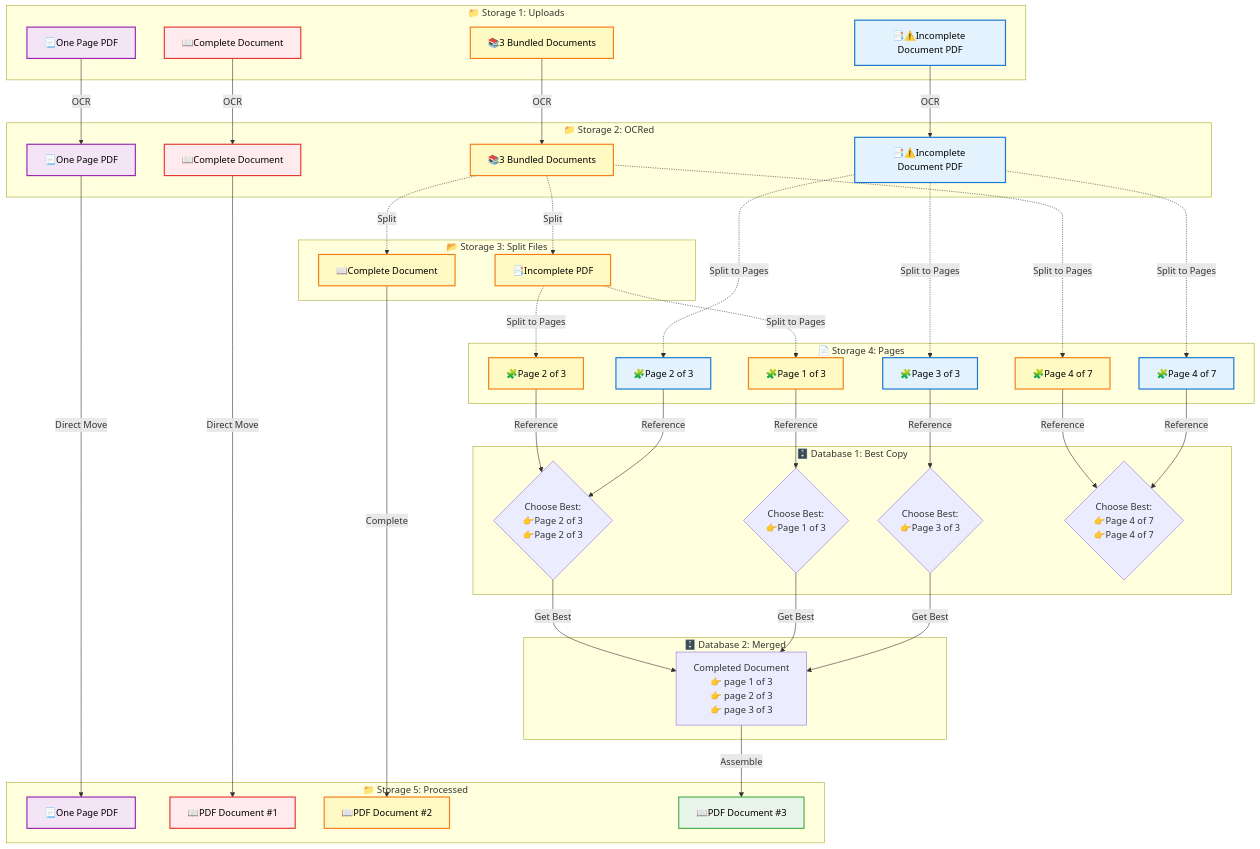
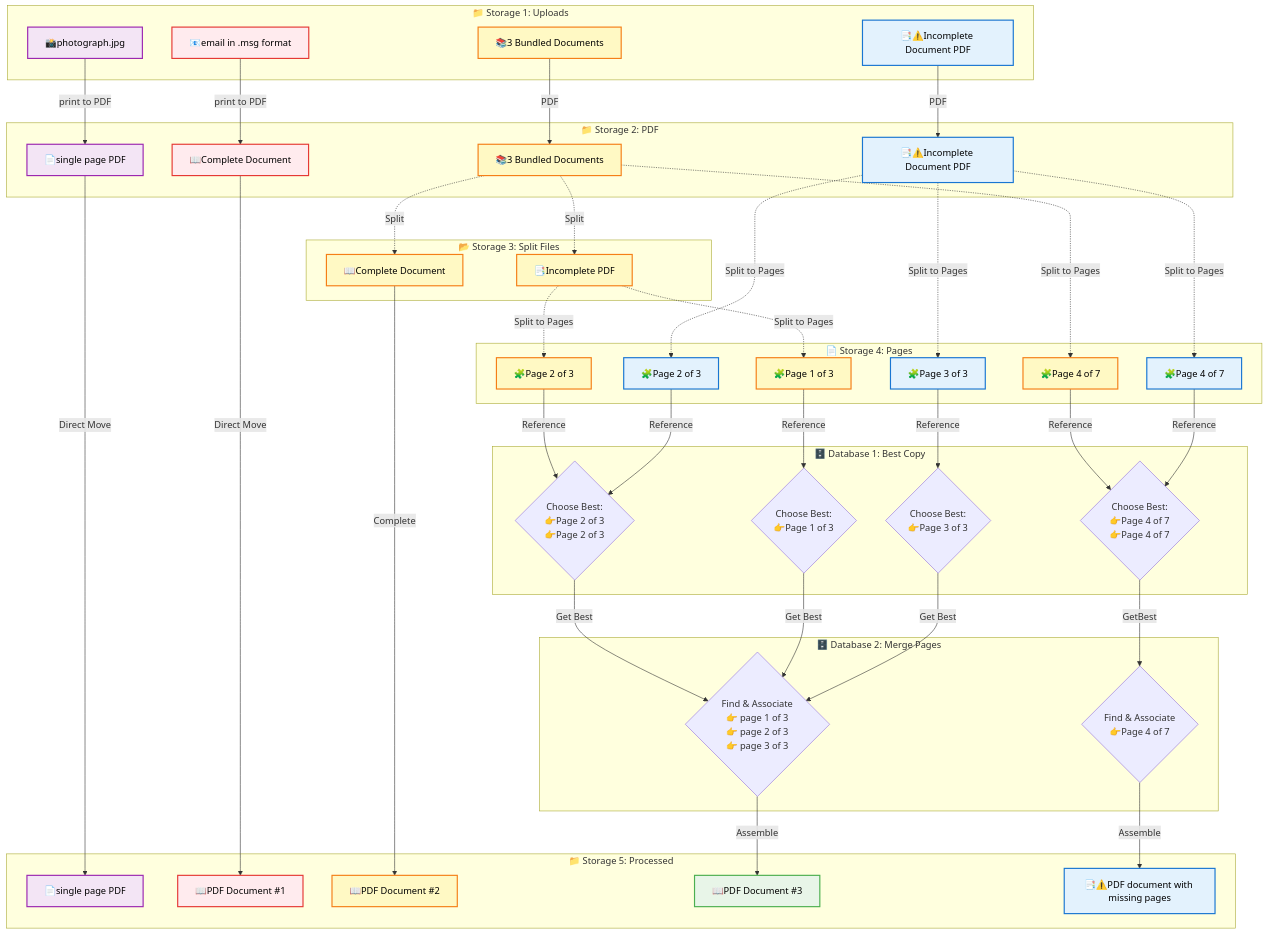
The diagram in docs/Document-Processing-Workflow.md (Mharbulous/Bookkeeper), drawn with Mermaid before and after one commit.

Commit message:
Further refinement of the Document Processing Workflow

````diff
--- a/docs/Document-Processing-Workflow.md
+++ b/docs/Document-Processing-Workflow.md
@@ -13,14 +13,14 @@
 ```mermaid
 flowchart TB
     subgraph Col0 ["📁 Storage 1: Uploads"]
-        OnePageUpload["📃One Page PDF"]
-        SingleUpload["📖Complete Document"]
+        OnePageUpload["📸photograph.jpg"]
+        SingleUpload["📧email in .msg format"]
         BundleUpload["📚3 Bundled Documents"]
         IncompleteUpload["📑⚠️Incomplete Document PDF"]
     end
 
-    subgraph Col1 ["📁 Storage 2: OCRed"]
-        OnePage["📃One Page PDF"]
+    subgraph Col1 ["📁 Storage 2: PDF"]
+        OnePage["📄single page PDF"]
         Single["📖Complete Document"]
         Incomplete["📑⚠️Incomplete Document PDF"]
         Bundle["📚3 Bundled Documents"]
@@ -42,16 +42,18 @@
         OnePage_split["🧩Page 4 of 7"]
     end
 
-    subgraph Col4 ["🗄️ Database 2: Merged"]
-        MergedDoc["Completed Document<br/>👉 page 1 of 3<br/>👉 page 2 of 3<br/>👉 page 3 of 3"]
+    subgraph Col4 ["🗄️ Database 2: Merge Pages"]
+        MergedDoc{"Find & Associate<br/>👉 page 1 of 3<br/>👉 page 2 of 3<br/>👉 page 3 of 3"}
+        FindsPages{"Find & Associate<br/>👉Page 4 of 7"}
     end
 
     subgraph Col5 ["📁 Storage 5: Processed"]
 
-        OnePageComplete["📃One Page PDF"]
+        OnePageComplete["📄single page PDF"]
         CompleteRaw["📖PDF Document #1"]
         CompleteSplit["📖PDF Document #2"]
         CompleteMerged["📖PDF Document #3"]
+        IncompleteFinal["📑⚠️PDF document with missing pages"]
 
     end
 
@@ -63,10 +65,10 @@
     end
 
     %% Flow from Storage 1 to Storage 2 (OCR Processing)
-    OnePageUpload -->|OCR| OnePage
-    SingleUpload -->|OCR| Single
-    BundleUpload -->|OCR| Bundle
-    IncompleteUpload -->|OCR| Incomplete
+    OnePageUpload -->|print to PDF| OnePage
+    SingleUpload -->|print to PDF| Single
+    BundleUpload -->|PDF| Bundle
+    IncompleteUpload -->|PDF| Incomplete
 
     %% Flow from Storage 2
 
@@ -108,9 +110,11 @@
     ChooseBestCopy2 -->|Get Best| MergedDoc
     ChooseBestCopy3 -->|Get Best| MergedDoc
     ChooseBestCopy4 -->|Get Best| MergedDoc
+    ChooseBestCopy -->|GetBest| FindsPages
 
     %% Flow from Database 2 to Storage 5
     MergedDoc -->|Assemble| CompleteMerged
+    FindsPages -->|Assemble| IncompleteFinal
 
 
     %% Color Coding by Document Source/Family
@@ -128,7 +132,7 @@
     class Bundle,DocA,OnePage_split,DocC,SoloPage1,SoloPage2,CompleteSplit bundleDocFamily
 
     %% Incomplete Document Family (Light Blue)
-    class Incomplete,PageRaw1,PageRaw2,PageRaw3 incompleteDocFamily
+    class Incomplete,PageRaw1,PageRaw2,PageRaw3,IncompleteFinal incompleteDocFamily
 
     %% One Page Document Family (Light Purple)
     class OnePage,OnePageComplete onePageDocFamily
````
